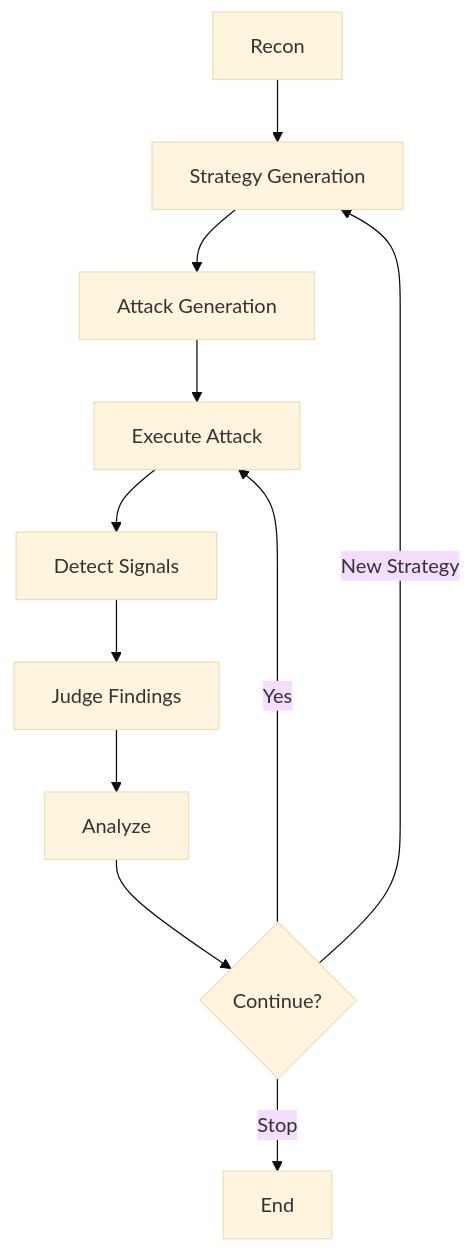
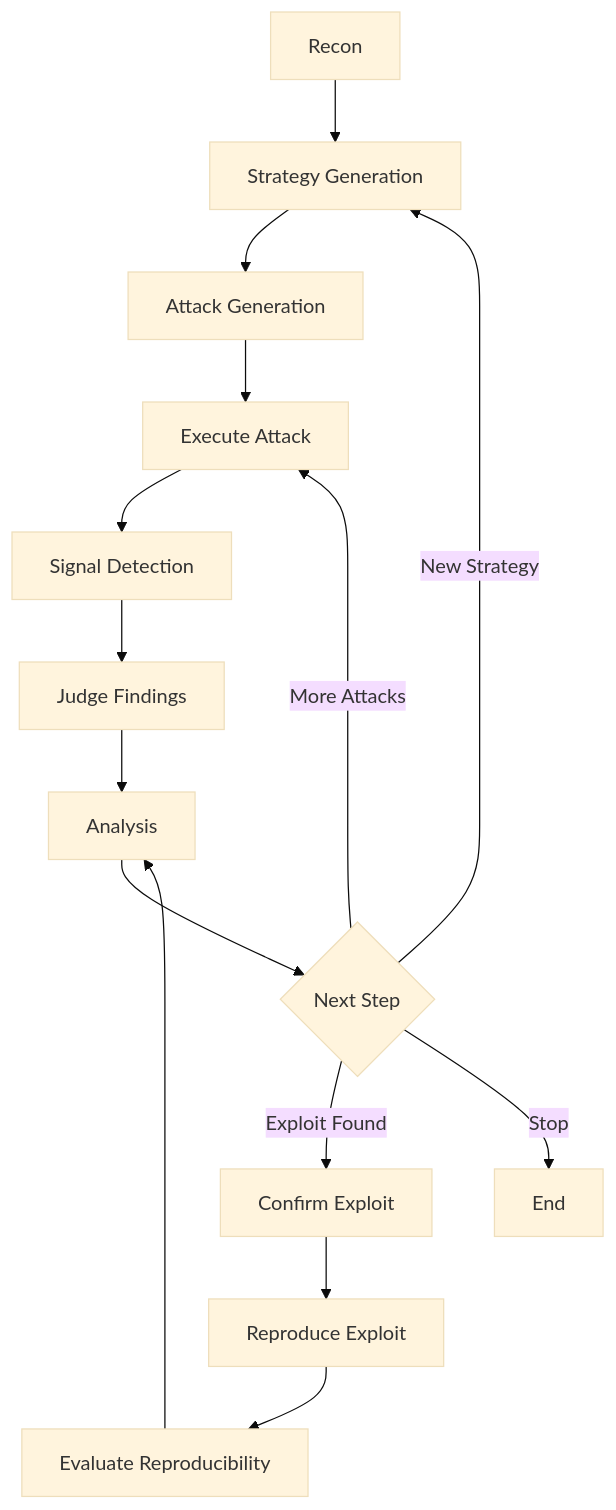
The diagram in README.md (Madhuvandhana/ragnarok), drawn with Mermaid (base theme) before and after one commit. The commit also changed other lines of this file, not shown here.

````diff
--- a/README.md
+++ b/README.md
@@ -73,13 +106,18 @@
 ```mermaid
 graph TD
     A[Recon] --> B[Strategy Generation]
     B --> C[Attack Generation]
     C --> D[Execute Attack]
-    D --> E[Detect Signals]
+    D --> E[Signal Detection]
     E --> F[Judge Findings]
-    F --> G[Analyze]
-    G --> H{Continue?}
-    H -->|Yes| D
+    F --> G[Analysis]
+    G --> H{Next Step}
+
+    H -->|More Attacks| D
     H -->|New Strategy| B
-    H -->|Stop| I[End]
+    H -->|Exploit Found| I[Confirm Exploit]
+    I --> J[Reproduce Exploit]
+    J --> K[Evaluate Reproducibility]
+    K --> G
+    H -->|Stop| L[End]
 ```
````
